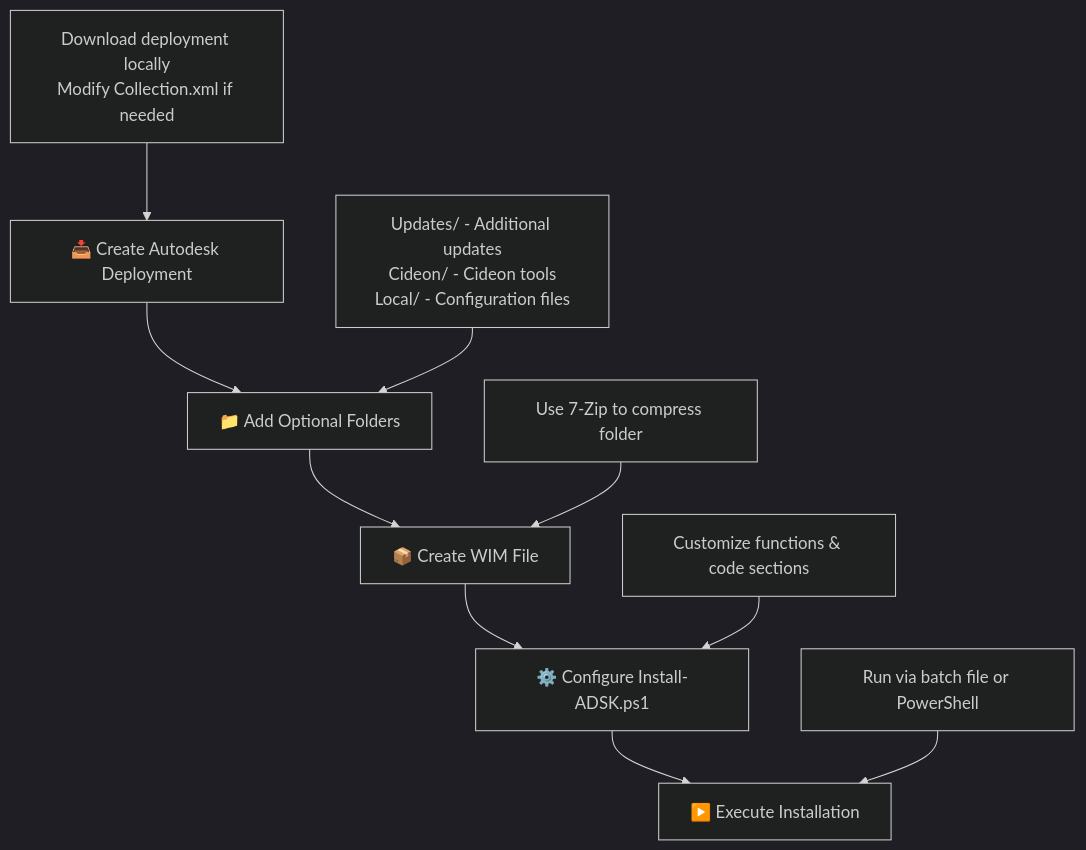
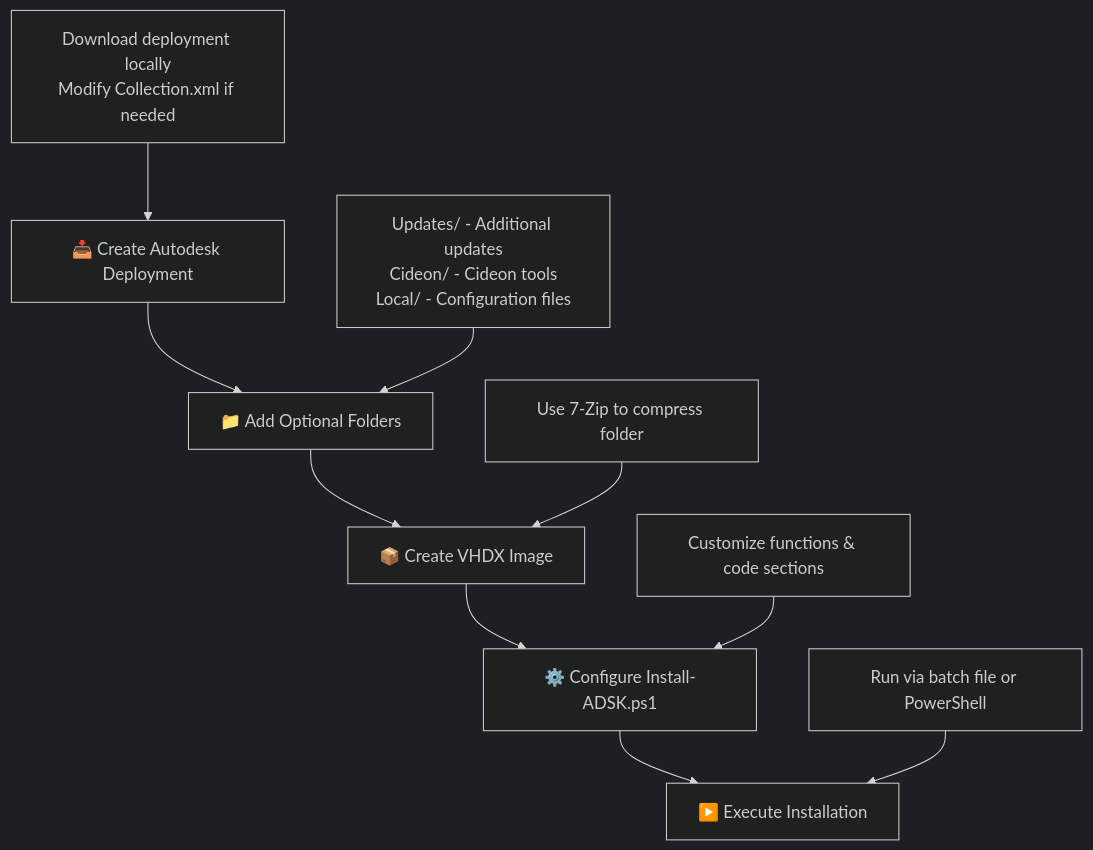
One commit to CIDEON-EC/Autodesk-Deployments changed the diagram in readme.md. Above: the diagram before and after it, drawn with Mermaid (dark theme). The commit also changed other lines of this file and 17 other files, not shown here.

````diff
--- a/readme.md
+++ b/readme.md
@@ -7,13 +7,13 @@
 ```mermaid
 graph TD
     A[📥 Create Autodesk Deployment] --> B[📁 Add Optional Folders]
-    B --> C[📦 Create WIM File]
+    B --> C[📦 Create VHDX Image]
     C --> D[⚙️ Configure Install-ADSK.ps1]
     D --> E[▶️ Execute Installation]
 
     A1[Download deployment locally<br/>Modify Collection.xml if needed] --> A
     B1[Updates/ - Additional updates<br/>Cideon/ - Cideon tools<br/>Local/ - Configuration files] --> B
     C1[Use 7-Zip to compress folder] --> C
     D1[Customize functions & code sections] --> D
     E1[Run via batch file or PowerShell] --> E
 ```
````
